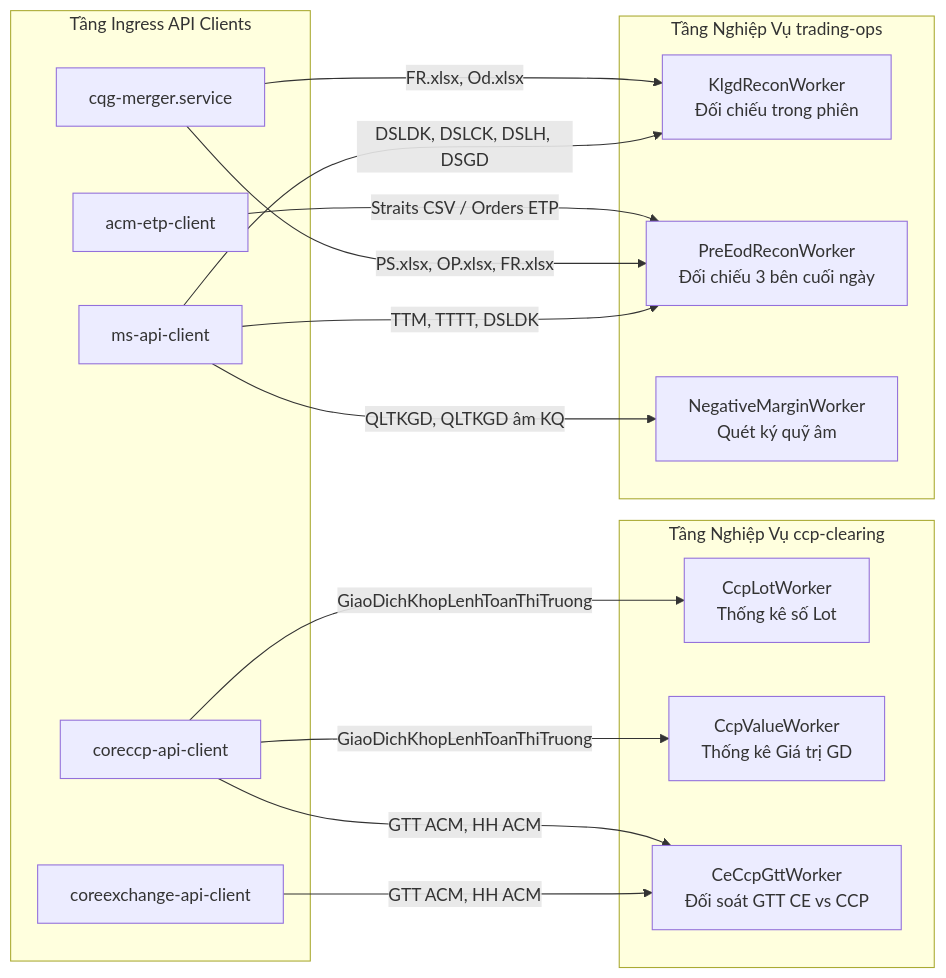
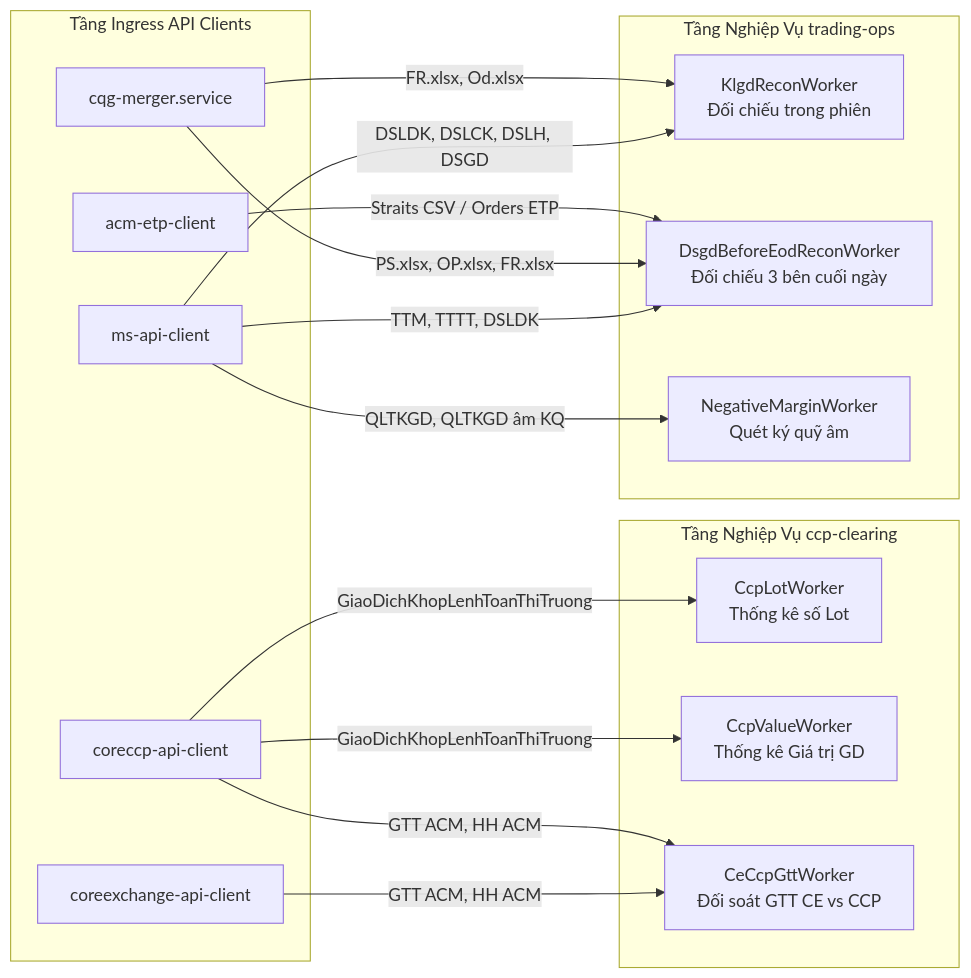
One commit to broly1009a/mxv-shift-checklist changed the sixth of 6 diagrams in docs/moi/THIET_KE_LOGIC_VA_TICH_HOP_4_PHAN_HE_INGRESS_API_CLIENT_VAO_V2.md. Above: the diagram before and after it, drawn with Mermaid. The commit also changed other lines of this file and 165 other files, not shown here.

````diff
--- a/docs/moi/THIET_KE_LOGIC_VA_TICH_HOP_4_PHAN_HE_INGRESS_API_CLIENT_VAO_V2.md
+++ b/docs/moi/THIET_KE_LOGIC_VA_TICH_HOP_4_PHAN_HE_INGRESS_API_CLIENT_VAO_V2.md
@@ -458,37 +458,37 @@
 ```mermaid
 flowchart LR
     subgraph IngressClients [Tầng Ingress API Clients]
         MS[ms-api-client]
         CCP[coreccp-api-client]
         ACM[acm-etp-client]
         CE[coreexchange-api-client]
         CQG[cqg-merger.service]
     end
 
     subgraph TradingOps [Tầng Nghiệp Vụ trading-ops]
         W_KLGD[KlgdReconWorker<br/>Đối chiếu trong phiên]
-        W_PRE_EOD[PreEodReconWorker<br/>Đối chiếu 3 bên cuối ngày]
+        W_DSGD_BEFORE_EOD[DsgdBeforeEodReconWorker<br/>Đối chiếu 3 bên cuối ngày]
         W_MARGIN[NegativeMarginWorker<br/>Quét ký quỹ âm]
     end
 
     subgraph CcpClearing [Tầng Nghiệp Vụ ccp-clearing]
         W_LOT[CcpLotWorker<br/>Thống kê số Lot]
         W_VAL[CcpValueWorker<br/>Thống kê Giá trị GD]
         W_GTT[CeCcpGttWorker<br/>Đối soát GTT CE vs CCP]
     end
 
     MS -->|DSLDK, DSLCK, DSLH, DSGD| W_KLGD
     CQG -->|FR.xlsx, Od.xlsx| W_KLGD
 
-    MS -->|TTM, TTTT, DSLDK| W_PRE_EOD
-    CQG -->|PS.xlsx, OP.xlsx, FR.xlsx| W_PRE_EOD
-    ACM -->|Straits CSV / Orders ETP| W_PRE_EOD
+    MS -->|TTM, TTTT, DSLDK| W_DSGD_BEFORE_EOD
+    CQG -->|PS.xlsx, OP.xlsx, FR.xlsx| W_DSGD_BEFORE_EOD
+    ACM -->|Straits CSV / Orders ETP| W_DSGD_BEFORE_EOD
 
     MS -->|QLTKGD, QLTKGD âm KQ| W_MARGIN
 
     CCP -->|GiaoDichKhopLenhToanThiTruong| W_LOT
     CCP -->|GiaoDichKhopLenhToanThiTruong| W_VAL
 
     CE -->|GTT ACM, HH ACM| W_GTT
     CCP -->|GTT ACM, HH ACM| W_GTT
 ```
````
